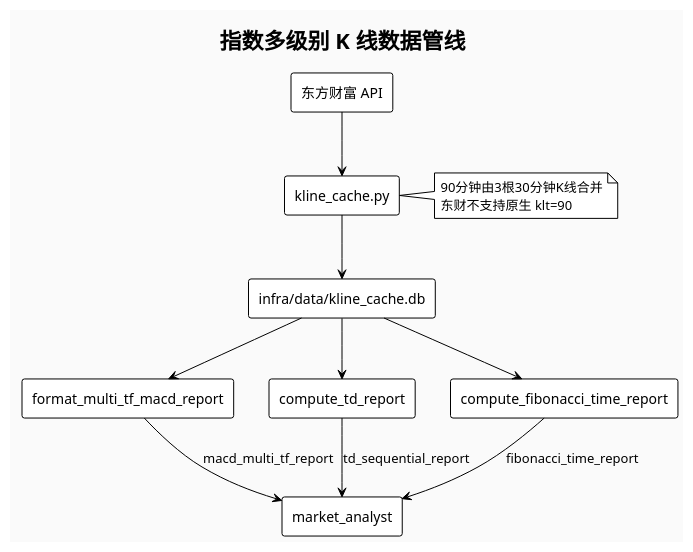
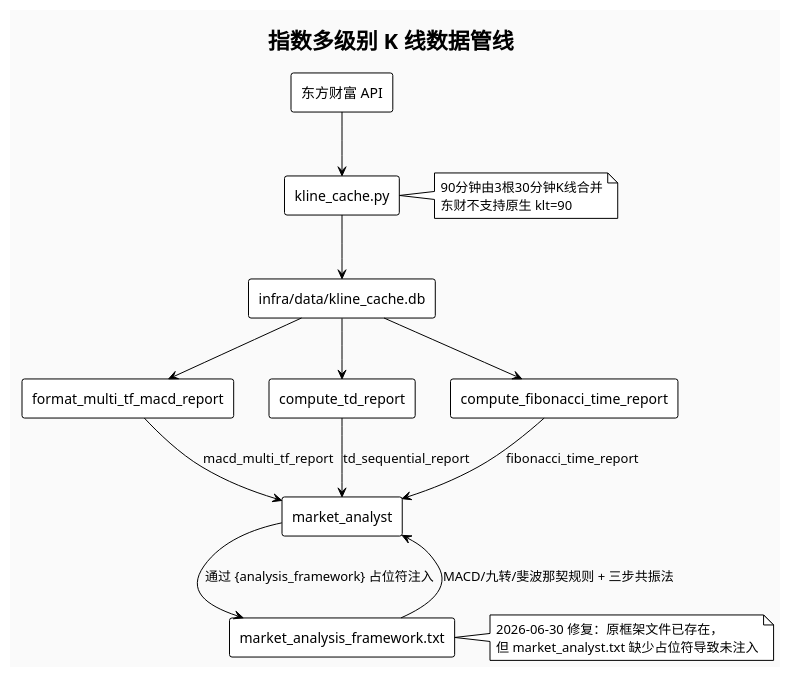
Before and after one commit to zhoudirac-C/learning-investment-strategies: diagram 11 of 11 in src/qing_investment/ARCHITECTURE.md, drawn with PlantUML. The commit also changed other lines of this file and 23 other files, not shown here.

````diff
--- a/src/qing_investment/ARCHITECTURE.md
+++ b/src/qing_investment/ARCHITECTURE.md
@@ -826,24 +850,32 @@
 ```plantuml
 @startuml
 !theme plain
 skinparam backgroundColor #FAFAFA
 skinparam componentStyle rectangle
 
 title 指数多级别 K 线数据管线
 
 [东方财富 API] --> [kline_cache.py]
 [kline_cache.py] --> [infra/data/kline_cache.db]
 [infra/data/kline_cache.db] --> [format_multi_tf_macd_report]
 [infra/data/kline_cache.db] --> [compute_td_report]
 [infra/data/kline_cache.db] --> [compute_fibonacci_time_report]
 [format_multi_tf_macd_report] --> [market_analyst] : macd_multi_tf_report
 [compute_td_report] --> [market_analyst] : td_sequential_report
 [compute_fibonacci_time_report] --> [market_analyst] : fibonacci_time_report
 
+[market_analyst] --> [market_analysis_framework.txt] : 通过 {analysis_framework} 占位符注入
+[market_analysis_framework.txt] --> [market_analyst] : MACD/九转/斐波那契规则 + 三步共振法
+
 note right of [kline_cache.py]
   90分钟由3根30分钟K线合并
   东财不支持原生 klt=90
 end note
 
+note right of [market_analysis_framework.txt]
+  2026-06-30 修复：原框架文件已存在，
+  但 market_analyst.txt 缺少占位符导致未注入
+end note
+
 @enduml
 ```
````
